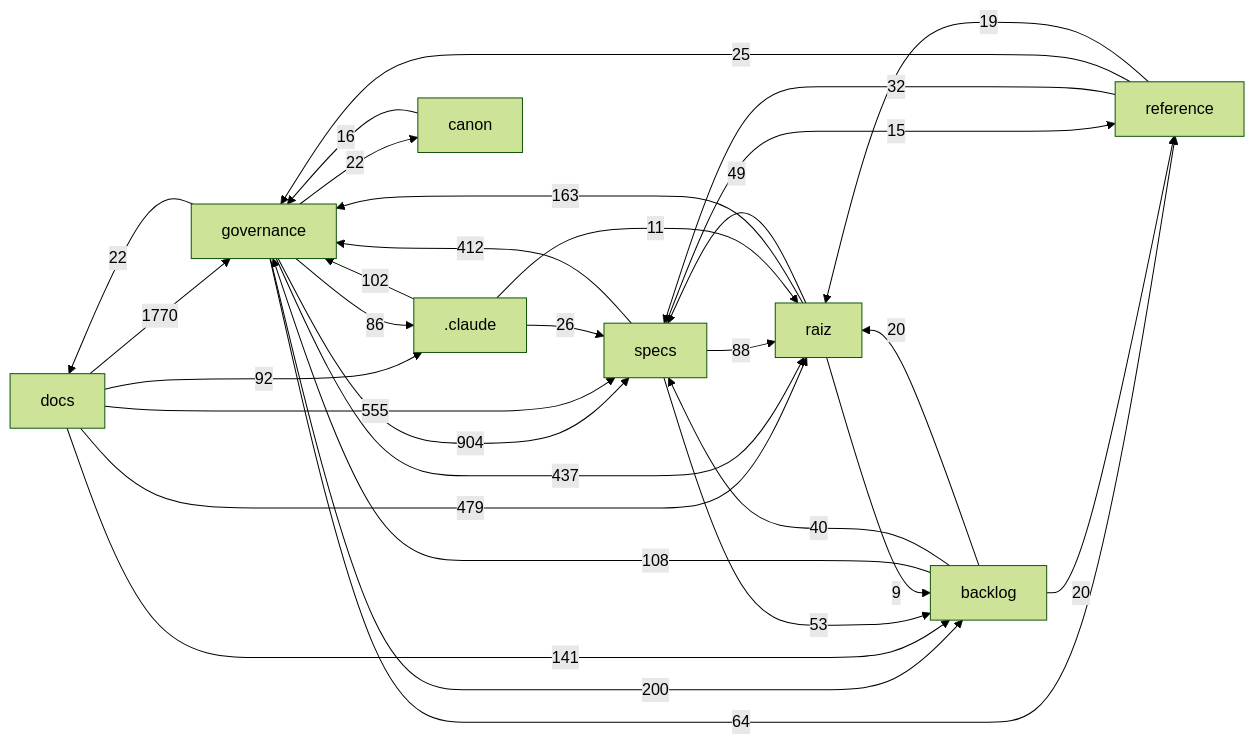
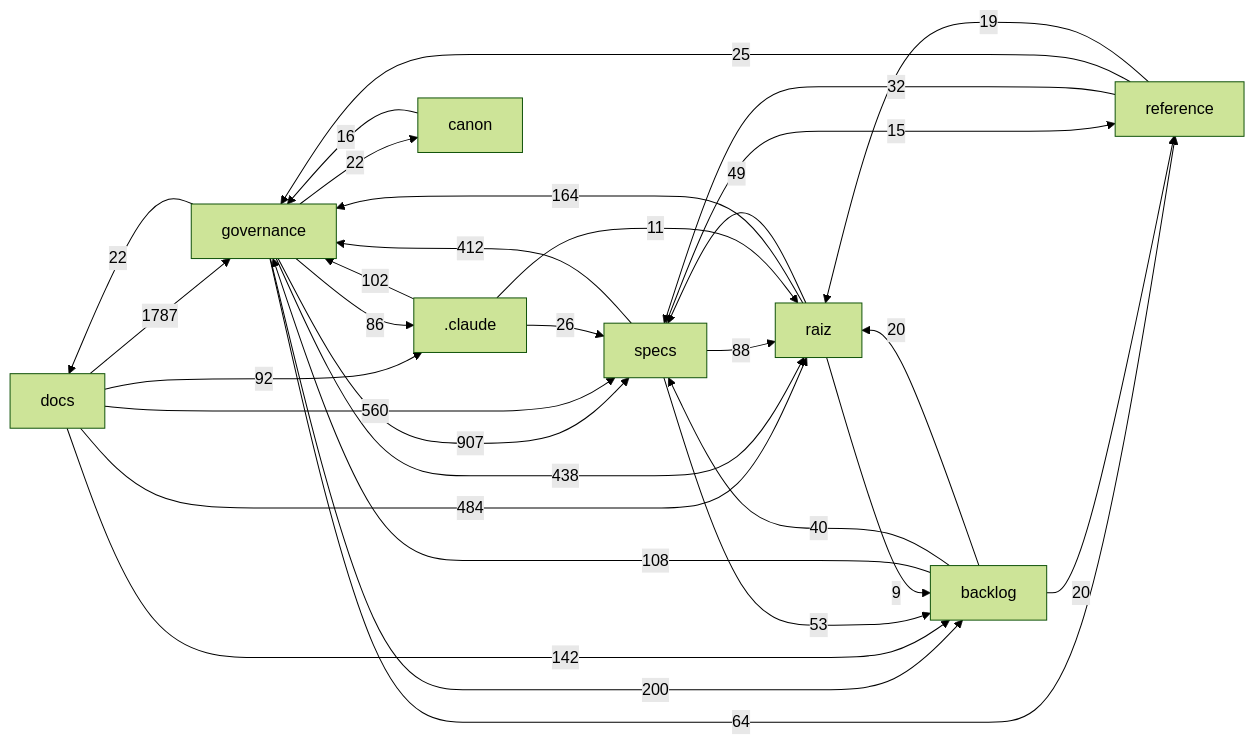
One commit to Andraus35/Sistema-Operacional-de-Trading--SOT changed the diagram in docs/mapa/MAPA-PROJETO.md. Above: the diagram before and after it, drawn with Mermaid (forest theme). The commit also changed other lines of this file and 9 other files, not shown here.

````diff
--- a/docs/mapa/MAPA-PROJETO.md
+++ b/docs/mapa/MAPA-PROJETO.md
@@ -29,33 +29,33 @@
 ```mermaid
 flowchart LR
-  docs["docs"] -->|1770| governance["governance"]
-  governance["governance"] -->|904| specs["specs"]
-  docs["docs"] -->|555| specs["specs"]
-  docs["docs"] -->|479| raiz["raiz"]
-  governance["governance"] -->|437| raiz["raiz"]
+  docs["docs"] -->|1787| governance["governance"]
+  governance["governance"] -->|907| specs["specs"]
+  docs["docs"] -->|560| specs["specs"]
+  docs["docs"] -->|484| raiz["raiz"]
+  governance["governance"] -->|438| raiz["raiz"]
   specs["specs"] -->|412| governance["governance"]
   governance["governance"] -->|200| backlog["backlog"]
-  raiz["raiz"] -->|163| governance["governance"]
-  docs["docs"] -->|141| backlog["backlog"]
+  raiz["raiz"] -->|164| governance["governance"]
+  docs["docs"] -->|142| backlog["backlog"]
   backlog["backlog"] -->|108| governance["governance"]
   _claude[".claude"] -->|102| governance["governance"]
   docs["docs"] -->|92| _claude[".claude"]
   specs["specs"] -->|88| raiz["raiz"]
   governance["governance"] -->|86| _claude[".claude"]
   governance["governance"] -->|64| reference["reference"]
   specs["specs"] -->|53| backlog["backlog"]
   raiz["raiz"] -->|49| specs["specs"]
   backlog["backlog"] -->|40| specs["specs"]
   reference["reference"] -->|32| specs["specs"]
   _claude[".claude"] -->|26| specs["specs"]
   reference["reference"] -->|25| governance["governance"]
   governance["governance"] -->|22| docs["docs"]
   governance["governance"] -->|22| canon["canon"]
   backlog["backlog"] -->|20| raiz["raiz"]
   backlog["backlog"] -->|20| reference["reference"]
   reference["reference"] -->|19| raiz["raiz"]
   canon["canon"] -->|16| governance["governance"]
   specs["specs"] -->|15| reference["reference"]
   _claude[".claude"] -->|11| raiz["raiz"]
   raiz["raiz"] -->|9| backlog["backlog"]
 ```
````
